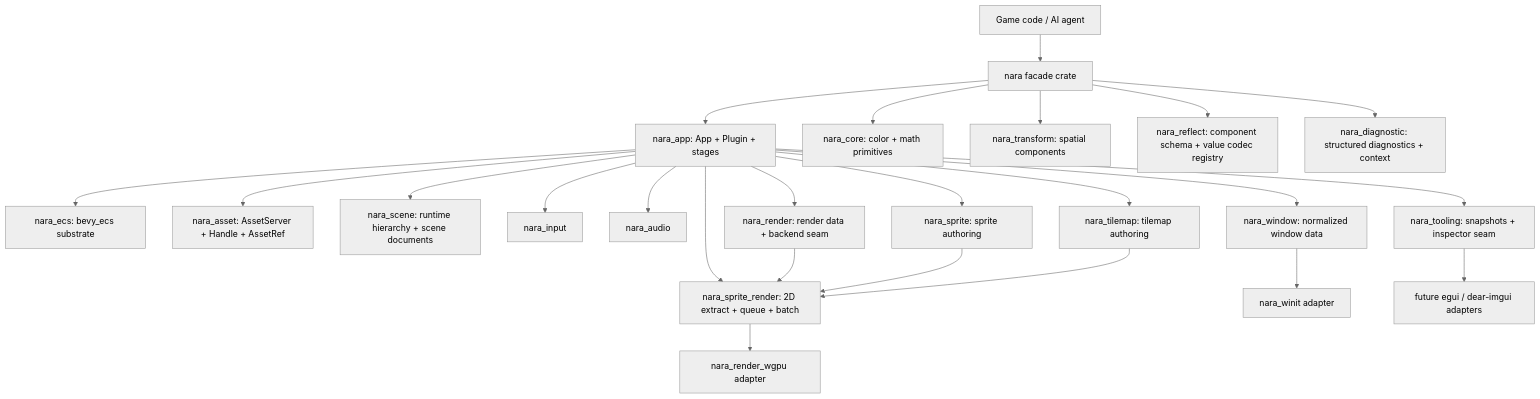
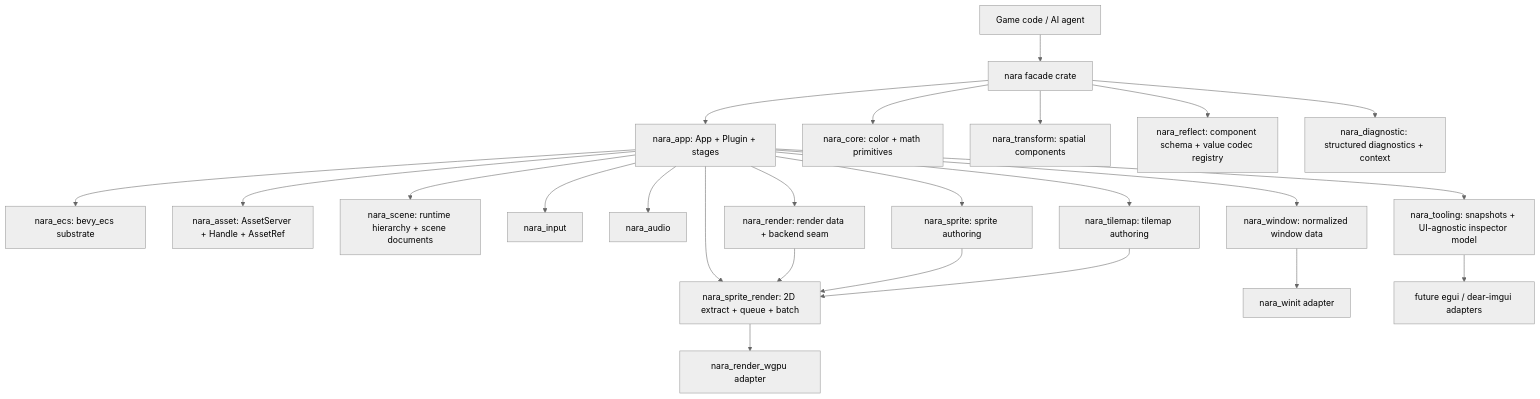
Before and after one commit to Latias94/nara: the first of 2 diagrams in docs/architecture/nara-foundation.md, drawn with Mermaid (neutral theme). The commit also changed other lines of this file and 8 other files, not shown here.

Commit message:
feat(tooling): add scene inspector model

````diff
--- a/docs/architecture/nara-foundation.md
+++ b/docs/architecture/nara-foundation.md
@@ -37,26 +37,26 @@
 ```mermaid
 flowchart TD
     User[Game code / AI agent] --> Facade[nara facade crate]
     Facade --> App[nara_app: App + Plugin + stages]
     App --> ECS[nara_ecs: bevy_ecs substrate]
     Facade --> Core[nara_core: color + math primitives]
     Facade --> Transform[nara_transform: spatial components]
     Facade --> Reflect[nara_reflect: component schema + value codec registry]
     Facade --> Diagnostic[nara_diagnostic: structured diagnostics + context]
     App --> Asset[nara_asset: AssetServer + Handle + AssetRef]
     App --> Scene[nara_scene: runtime hierarchy + scene documents]
     App --> Input[nara_input]
     App --> Audio[nara_audio]
     App --> Render[nara_render: render data + backend seam]
     App --> Sprite[nara_sprite: sprite authoring]
     App --> Tilemap[nara_tilemap: tilemap authoring]
     App --> SpriteRender[nara_sprite_render: 2D extract + queue + batch]
     App --> Window[nara_window: normalized window data]
     Window --> WinitAdapter[nara_winit adapter]
-    App --> Tooling[nara_tooling: snapshots + inspector seam]
+    App --> Tooling[nara_tooling: snapshots + UI-agnostic inspector model]
     Render --> SpriteRender
     Sprite --> SpriteRender
     Tilemap --> SpriteRender
     SpriteRender --> WgpuAdapter[nara_render_wgpu adapter]
     Tooling --> DebugUi[future egui / dear-imgui adapters]
 ```
````
